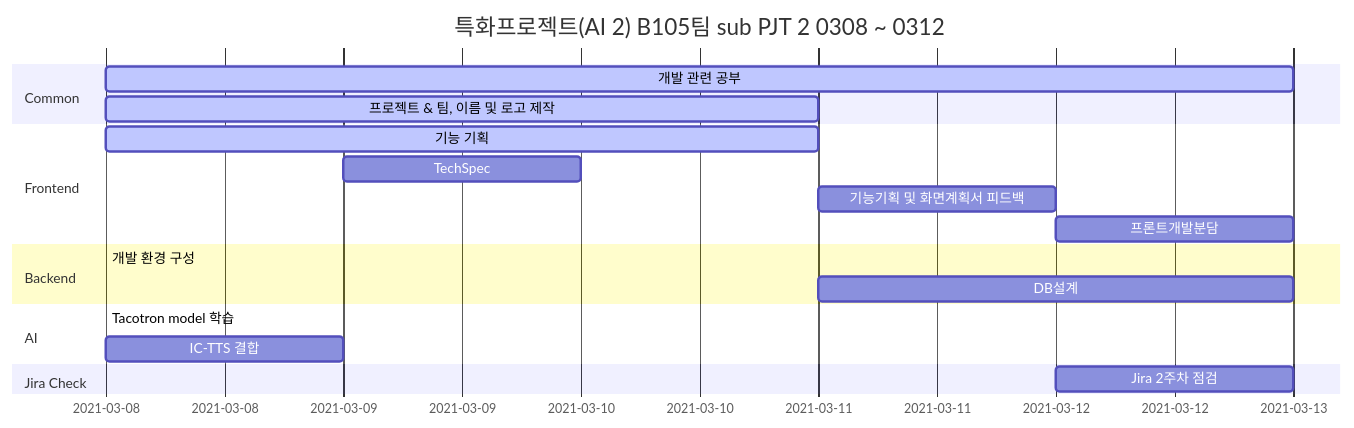
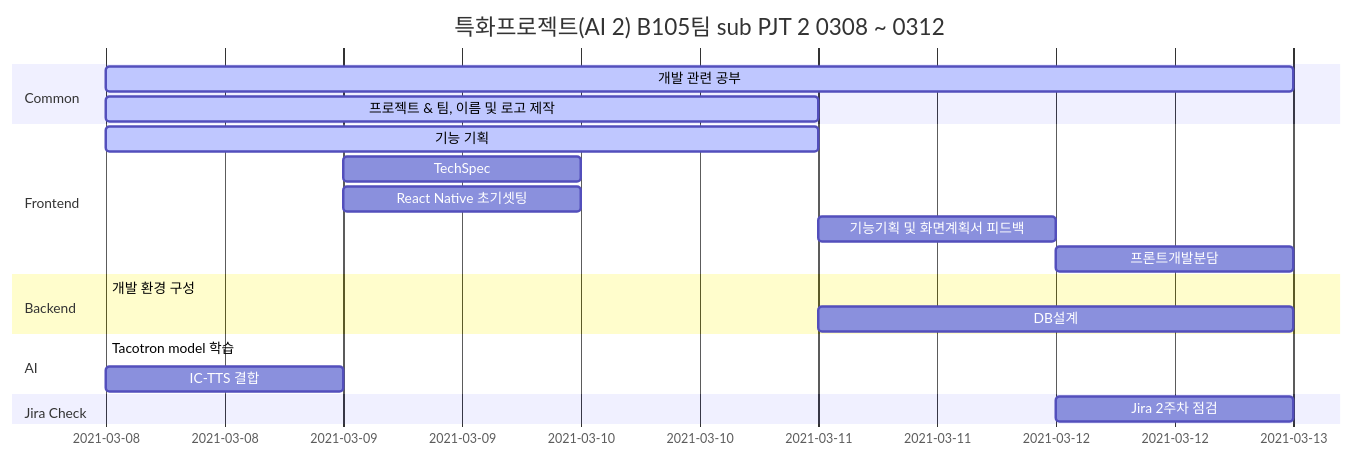
One commit to jes5918/dinory changed the diagram in README.md. Above: the diagram before and after it, drawn with Mermaid. The commit also changed 1 other file, not shown here.

Commit message:
[docs] : REAME.md 업데이트

````diff
--- a/README.md
+++ b/README.md
@@ -26,25 +26,27 @@
 ```mermaid
 gantt
     axisFormat  %Y-%m-%d
     title      특화프로젝트(AI 2) B105팀 sub PJT 2 0308 ~ 0312
 	section Common
 	개발 관련 공부: active, 2021-03-08, 5d
 	프로젝트 & 팀, 이름 및 로고 제작 : active, 2021-03-08, 3d
 
     section Frontend
     기능 기획 :active, a1, 2021-03-08, 3d
     TechSpec :, 2021-03-09, 1d
+    React Native 초기셋팅 :, 2021-03-09,1d
     기능기획 및 화면계획서 피드백 :after a1, 1d
     프론트개발분담 :	, 2021-03-12, 1d
+    
 
     section Backend
    	개발 환경 구성 :active, 2021-03-08, 2021-03-11
    	DB설계 :after, 2021-03-11, 2d
 
    	section AI
    	Tacotron model 학습 :active, a2, 2021-03-08, 2021-03-11
    	IC-TTS 결합 :after a2, 1d
 
    	section Jira Check
    	Jira 2주차 점검 :, 2021-03-12, 1d
 ```
````
